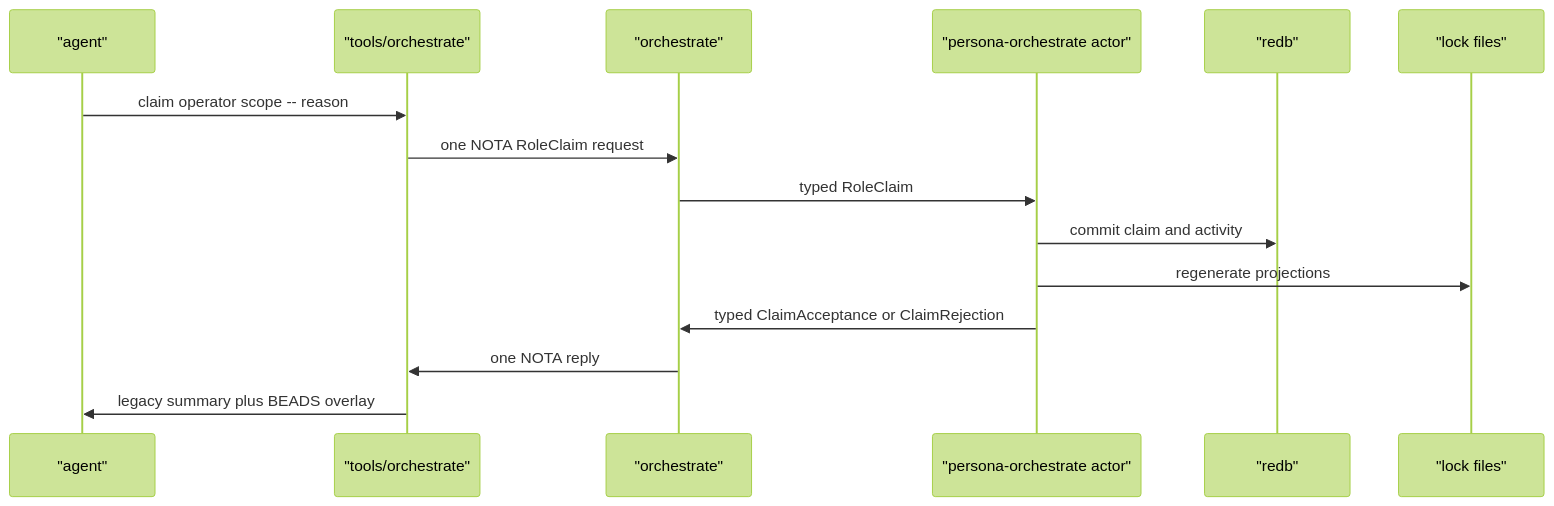
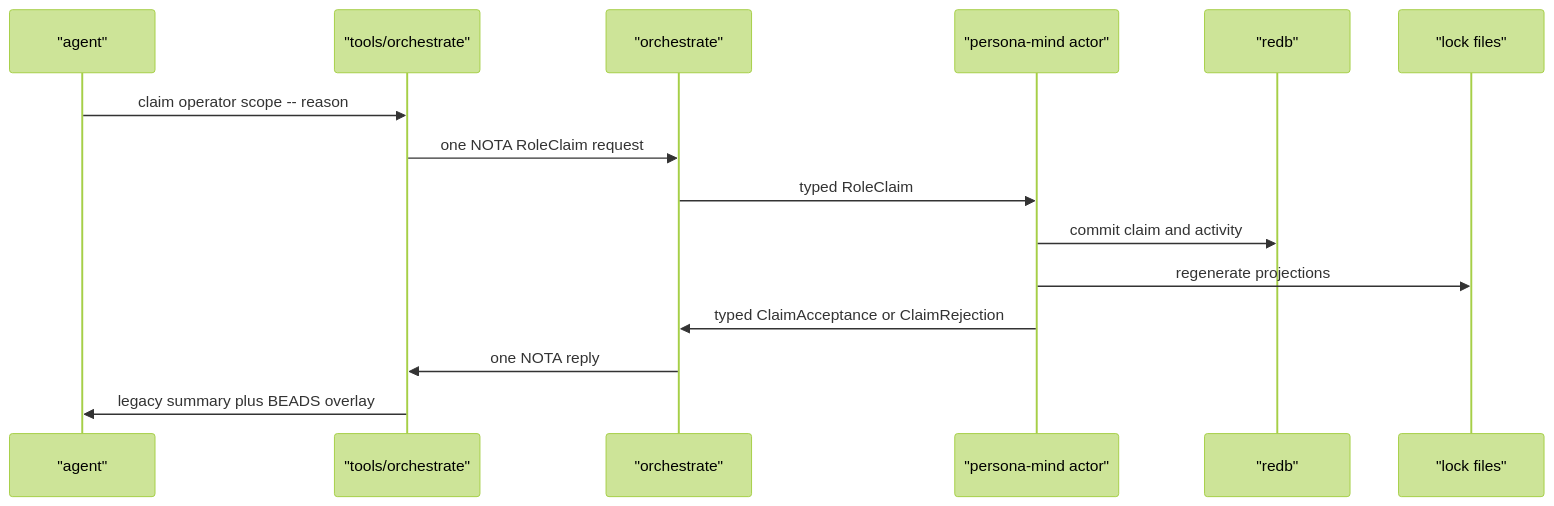
One commit to LiGoldragon/primary changed the second of 5 diagrams in reports/operator/95-orchestrate-cli-protocol-fit.md. Above: the diagram before and after it, drawn with Mermaid (forest theme). The commit also changed other lines of this file and 11 other files, not shown here.

Commit message:
document persona-mind central rename

````diff
--- a/reports/operator/95-orchestrate-cli-protocol-fit.md
+++ b/reports/operator/95-orchestrate-cli-protocol-fit.md
@@ -74,18 +74,18 @@
 ```mermaid
 sequenceDiagram
     participant A as "agent"
     participant S as "tools/orchestrate"
     participant C as "orchestrate"
-    participant O as "persona-orchestrate actor"
+    participant O as "persona-mind actor"
     participant D as "redb"
     participant L as "lock files"
 
     A->>S: claim operator scope -- reason
     S->>C: one NOTA RoleClaim request
     C->>O: typed RoleClaim
     O->>D: commit claim and activity
     O->>L: regenerate projections
     O->>C: typed ClaimAcceptance or ClaimRejection
     C->>S: one NOTA reply
     S->>A: legacy summary plus BEADS overlay
 ```
````
